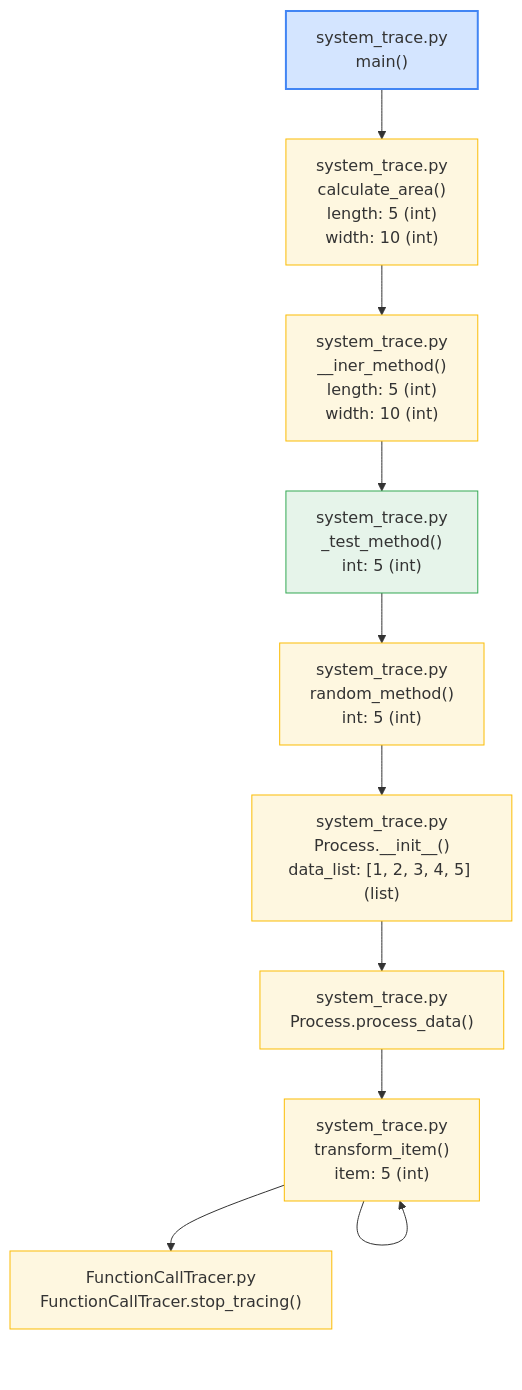
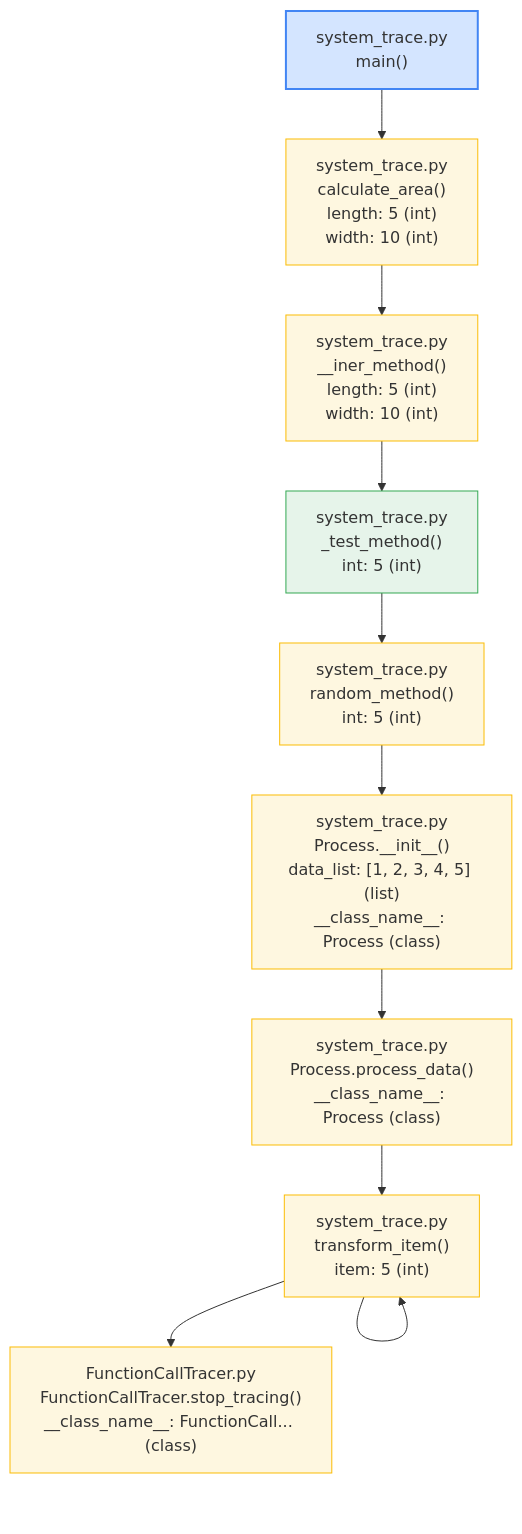
The diagram in function_calls.md (anishniroula1/awsSQS), drawn with Mermaid before and after one commit. The commit also changed 4 other files, not shown here.

````diff
--- a/function_calls.md
+++ b/function_calls.md
@@ -3,37 +3,37 @@
 ```mermaid
 flowchart TD
-    func0__test_method["system_trace.py<br>_test_method()<br>int: 5 (int)"]
-    func1_transform_item["system_trace.py<br>transform_item()<br>item: 5 (int)"]
-    func2_Process.init["system_trace.py<br>Process.__init__()<br>data_list: [1, 2, 3, 4, 5] (list)"]
-    func3_iner_method["system_trace.py<br>__iner_method()<br>length: 5 (int)<br>width: 10 (int)"]
-    func4_calculate_area["system_trace.py<br>calculate_area()<br>length: 5 (int)<br>width: 10 (int)"]
-    func5_Process.process_data["system_trace.py<br>Process.process_data()"]
-    func6_random_method["system_trace.py<br>random_method()<br>int: 5 (int)"]
-    func7_FunctionCallTracer.stop_tracing["FunctionCallTracer.py<br>FunctionCallTracer.stop_tracing()"]
-    func8_main["system_trace.py<br>main()"]
-    func8_main --> func4_calculate_area
-    func4_calculate_area --> func3_iner_method
-    func3_iner_method --> func0__test_method
-    func0__test_method --> func6_random_method
-    func6_random_method --> func2_Process.init
-    func2_Process.init --> func5_Process.process_data
-    func5_Process.process_data --> func1_transform_item
-    func1_transform_item --> func1_transform_item
-    func1_transform_item --> func7_FunctionCallTracer.stop_tracing
+    func0_transform_item["system_trace.py<br>transform_item()<br>item: 5 (int)"]
+    func1_iner_method["system_trace.py<br>__iner_method()<br>length: 5 (int)<br>width: 10 (int)"]
+    func2_Process.init["system_trace.py<br>Process.__init__()<br>data_list: [1, 2, 3, 4, 5] (list)<br>__class_name__: Process (class)"]
+    func3_Process.process_data["system_trace.py<br>Process.process_data()<br>__class_name__: Process (class)"]
+    func4_FunctionCallTracer.stop_tracing["FunctionCallTracer.py<br>FunctionCallTracer.stop_tracing()<br>__class_name__: FunctionCall... (class)"]
+    func5_random_method["system_trace.py<br>random_method()<br>int: 5 (int)"]
+    func6__test_method["system_trace.py<br>_test_method()<br>int: 5 (int)"]
+    func7_main["system_trace.py<br>main()"]
+    func8_calculate_area["system_trace.py<br>calculate_area()<br>length: 5 (int)<br>width: 10 (int)"]
+    func7_main --> func8_calculate_area
+    func8_calculate_area --> func1_iner_method
+    func1_iner_method --> func6__test_method
+    func6__test_method --> func5_random_method
+    func5_random_method --> func2_Process.init
+    func2_Process.init --> func3_Process.process_data
+    func3_Process.process_data --> func0_transform_item
+    func0_transform_item --> func0_transform_item
+    func0_transform_item --> func4_FunctionCallTracer.stop_tracing
 
     %% Styling
     classDef default fill:#f9f9f9,stroke:#333,stroke-width:1px
     classDef mainMethod fill:#d4e5ff,stroke:#4285f4,stroke-width:2px
     classDef utilMethod fill:#e6f4ea,stroke:#34a853,stroke-width:1px
     classDef privateMethod fill:#fef7e0,stroke:#fbbc05,stroke-width:1px
     classDef initMethod fill:#fce8e6,stroke:#ea4335,stroke-width:1px
-    class func0__test_method utilMethod
-    class func1_transform_item privateMethod
+    class func0_transform_item privateMethod
+    class func1_iner_method privateMethod
     class func2_Process.init privateMethod
-    class func3_iner_method privateMethod
-    class func4_calculate_area privateMethod
-    class func5_Process.process_data privateMethod
-    class func6_random_method privateMethod
-    class func7_FunctionCallTracer.stop_tracing privateMethod
-    class func8_main mainMethod
+    class func3_Process.process_data privateMethod
+    class func4_FunctionCallTracer.stop_tracing privateMethod
+    class func5_random_method privateMethod
+    class func6__test_method utilMethod
+    class func7_main mainMethod
+    class func8_calculate_area privateMethod
 ```
````
